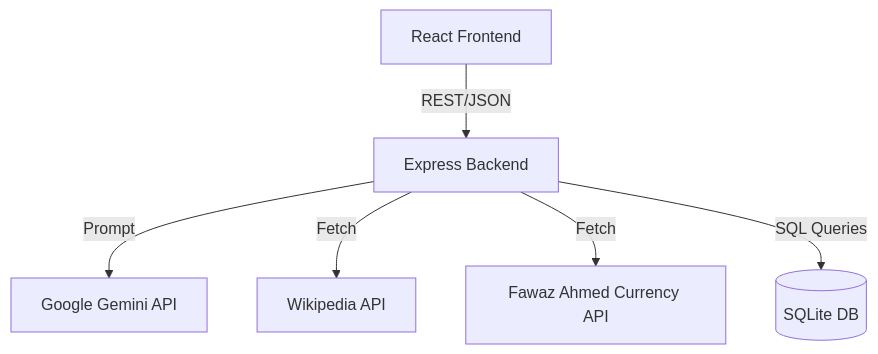
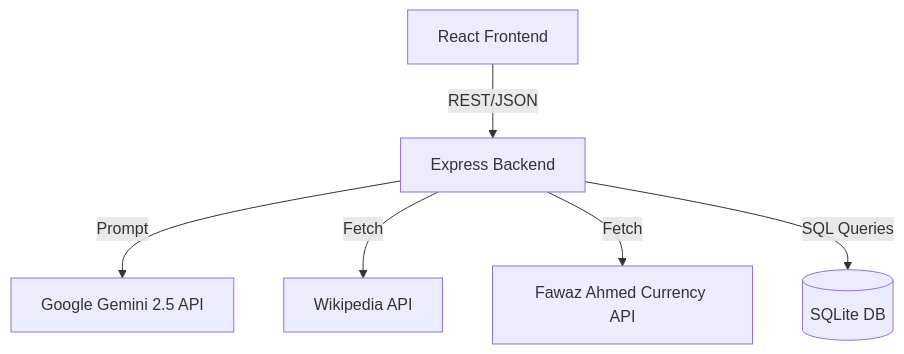
One commit to sandeep-kumar-270904/Travel-Companion-AI changed the diagram in README.md. Above: the diagram before and after it, drawn with Mermaid. The commit also changed other lines of this file, not shown here.

````diff
--- a/README.md
+++ b/README.md
@@ -160,8 +47,8 @@
 ```mermaid
 graph TD
     Client[React Frontend] -->|REST/JSON| API[Express Backend]
-    API -->|Prompt| Gemini[Google Gemini API]
+    API -->|Prompt| Gemini[Google Gemini 2.5 API]
     API -->|Fetch| Wiki[Wikipedia API]
     API -->|Fetch| Currency[Fawaz Ahmed Currency API]
     API -->|SQL Queries| DB[(SQLite DB)]
 ```
````
